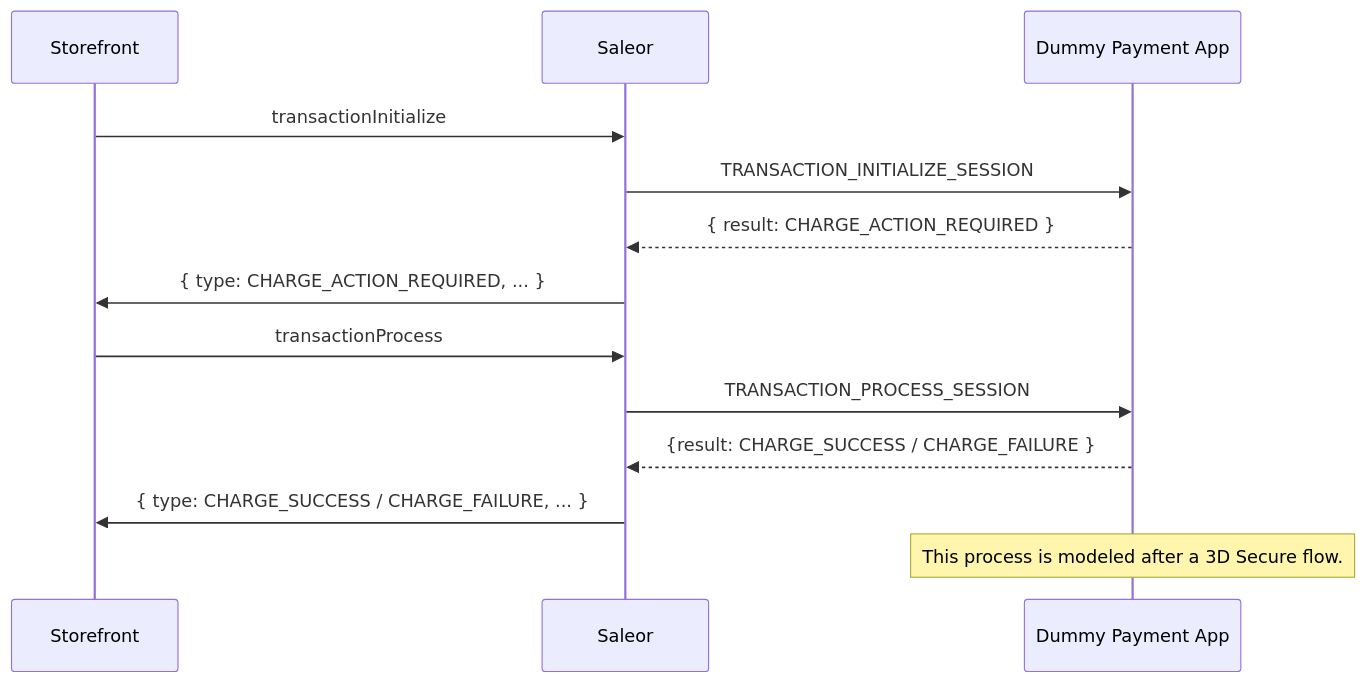
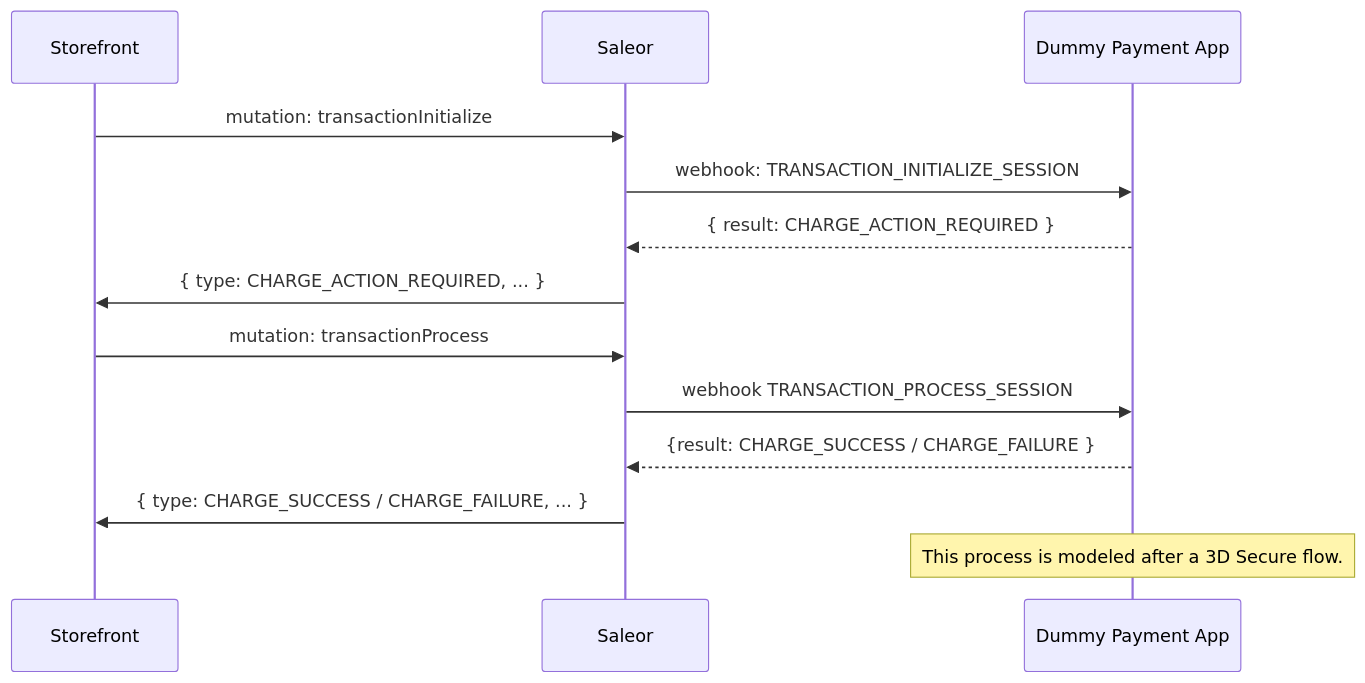
Before and after one commit to saleor/saleor-docs: the diagram in docs/developer/extending/apps/building-payment-app.mdx, drawn with Mermaid. The commit also changed other lines of this file, not shown here.

Commit message:
Restructure and simplify flow explanation

````diff
--- a/docs/developer/extending/apps/building-payment-app.mdx
+++ b/docs/developer/extending/apps/building-payment-app.mdx
@@ -93,15 +37,15 @@
 ```mermaid
 sequenceDiagram
  participant Storefront
  participant Saleor
  participant Dummy Payment App
- Storefront->>Saleor: transactionInitialize
- Saleor->>Dummy Payment App: TRANSACTION_INITIALIZE_SESSION
+ Storefront->>Saleor: mutation: transactionInitialize
+ Saleor->>Dummy Payment App: webhook: TRANSACTION_INITIALIZE_SESSION
  Dummy Payment App-->>Saleor: { result: CHARGE_ACTION_REQUIRED }
  Saleor->>Storefront: { type: CHARGE_ACTION_REQUIRED, ... }
- Storefront->>Saleor: transactionProcess
- Saleor->>Dummy Payment App: TRANSACTION_PROCESS_SESSION
+ Storefront->>Saleor: mutation: transactionProcess
+ Saleor->>Dummy Payment App: webhook TRANSACTION_PROCESS_SESSION
  Dummy Payment App-->>Saleor: {result: CHARGE_SUCCESS / CHARGE_FAILURE }
  Saleor->>Storefront: { type: CHARGE_SUCCESS / CHARGE_FAILURE, ... }
  Note over Dummy Payment App: This process is modeled after a 3D Secure flow.
 ```
````
